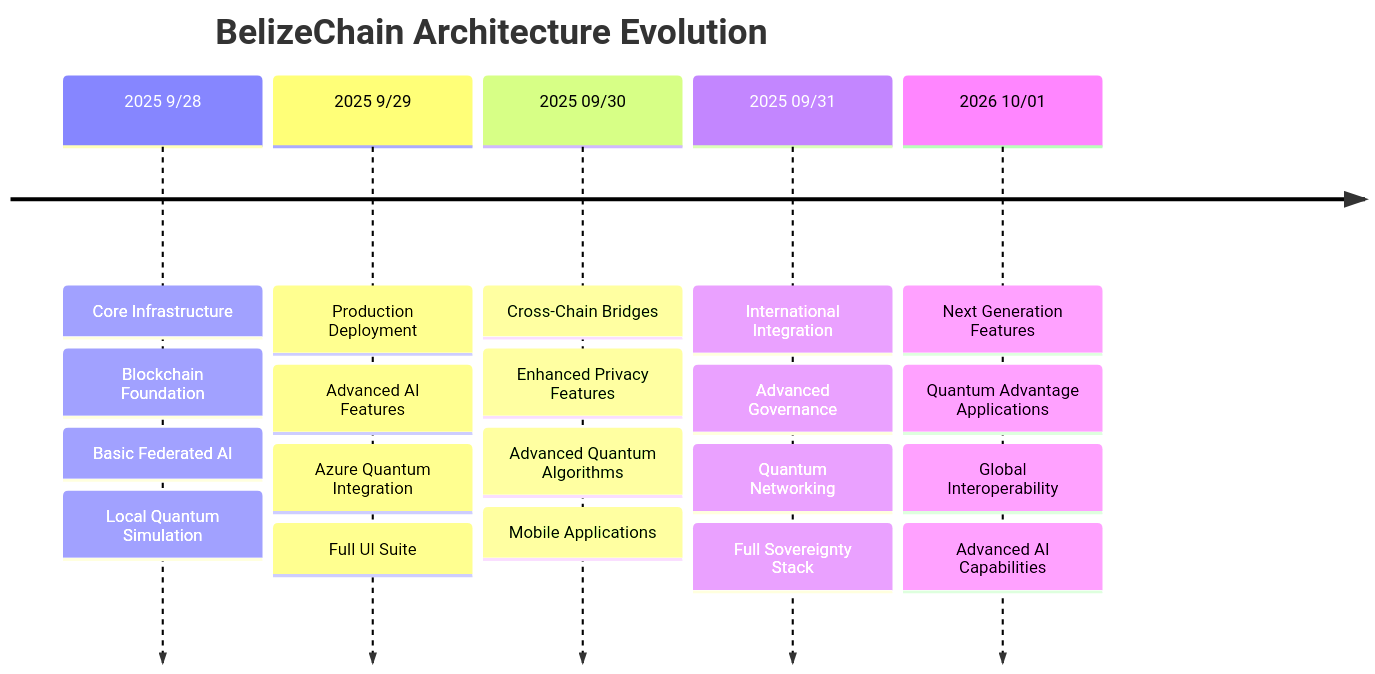
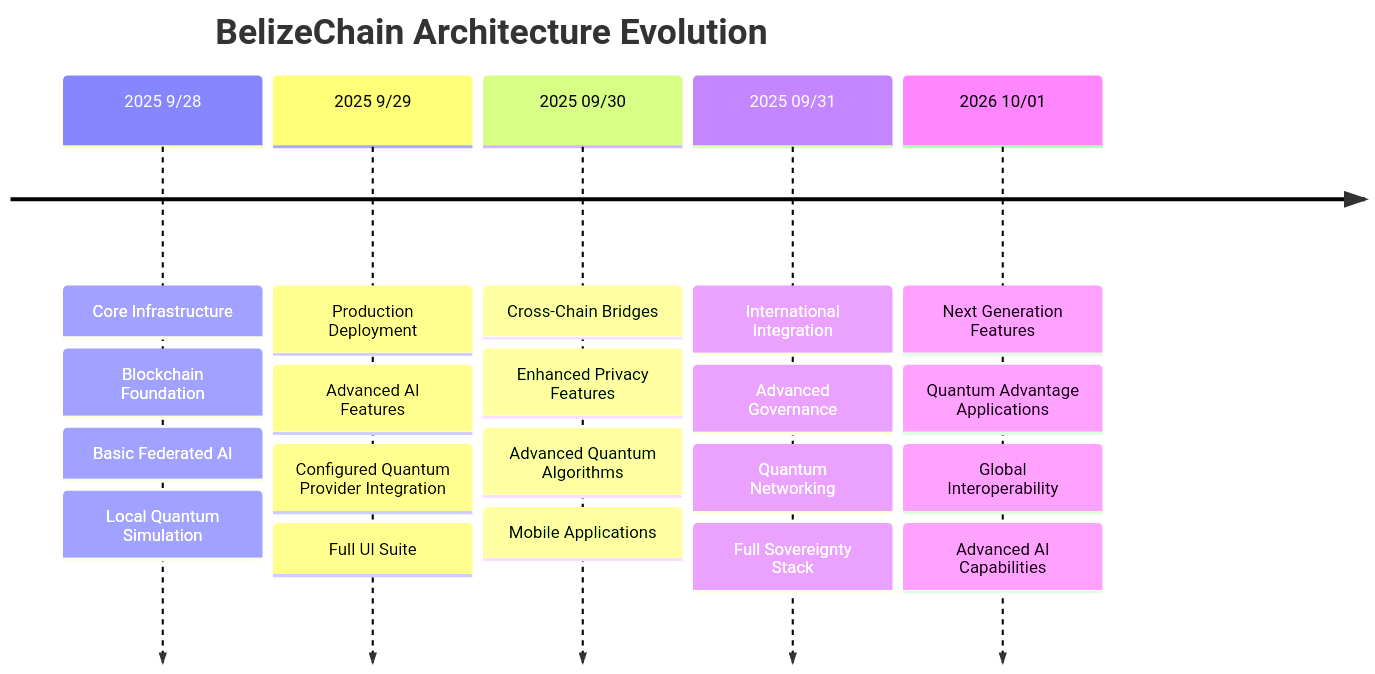
One commit to BelizeChain/belizechain changed the second of 2 diagrams in docs/technical-reference/architecture.md. Above: the diagram before and after it, drawn with Mermaid. The commit also changed other lines of this file and 79 other files, not shown here.

````diff
--- a/docs/technical-reference/architecture.md
+++ b/docs/technical-reference/architecture.md
@@ -403,29 +403,29 @@
 ```mermaid
 timeline
     title BelizeChain Architecture Evolution
     
     2025 9/28 : Core Infrastructure
              : Blockchain Foundation
              : Basic Federated AI
              : Local Quantum Simulation
              
     2025 9/29 : Production Deployment
              : Advanced AI Features
-             : Azure Quantum Integration
+             : Configured Quantum Provider Integration
              : Full UI Suite
              
     2025 09/30 : Cross-Chain Bridges
              : Enhanced Privacy Features
              : Advanced Quantum Algorithms
              : Mobile Applications
              
     2025 09/31 : International Integration
              : Advanced Governance
              : Quantum Networking
              : Full Sovereignty Stack
              
     2026 10/01   : Next Generation Features
              : Quantum Advantage Applications
              : Global Interoperability
              : Advanced AI Capabilities
 ```
````
